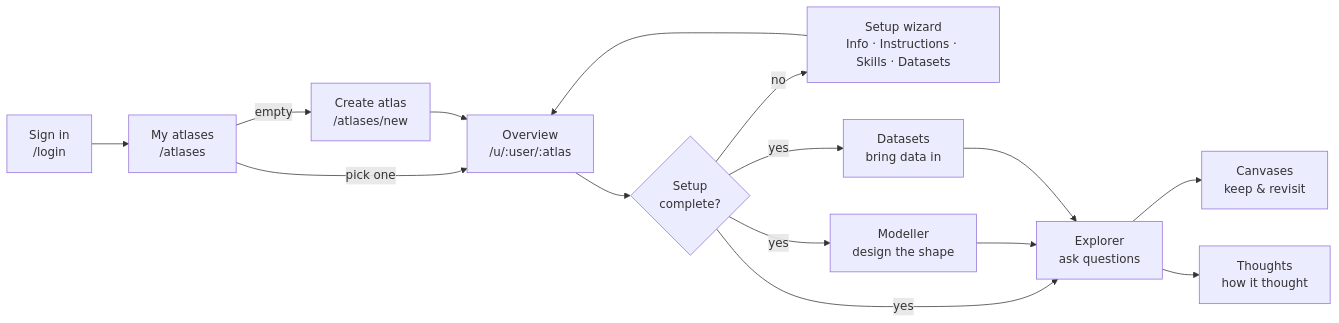
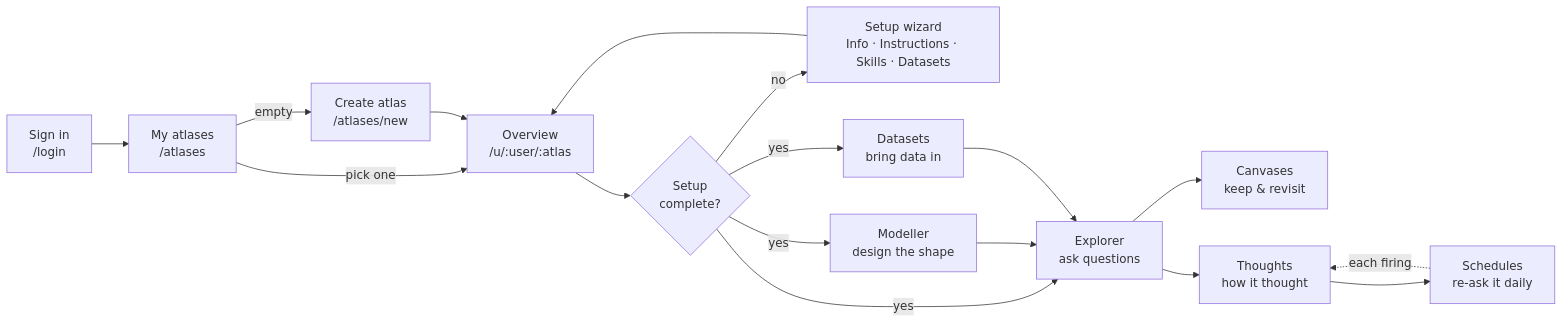
One commit to invana/invana changed the first of 10 diagrams in docs/internal/mvp/studio.md. Above: the diagram before and after it, drawn with Mermaid. The commit also changed other lines of this file and 2 other files, not shown here.

````diff
--- a/docs/internal/mvp/studio.md
+++ b/docs/internal/mvp/studio.md
@@ -24,17 +24,19 @@
 ```mermaid
 flowchart LR
     A["Sign in<br/>/login"] --> B["My atlases<br/>/atlases"]
     B -->|empty| C["Create atlas<br/>/atlases/new"]
     B -->|pick one| D["Overview<br/>/u/:user/:atlas"]
     C --> D
     D --> E{"Setup<br/>complete?"}
     E -->|no| F["Setup wizard<br/>Info · Instructions · Skills · Datasets"]
     F --> D
     E -->|yes| G["Modeller<br/>design the shape"]
     E -->|yes| H["Datasets<br/>bring data in"]
     E -->|yes| I["Explorer<br/>ask questions"]
     G --> I
     H --> I
     I --> J["Canvases<br/>keep & revisit"]
     I --> K["Thoughts<br/>how it thought"]
+    K --> L["Schedules<br/>re-ask it daily"]
+    L -.->|"each firing"| K
 ```
````
